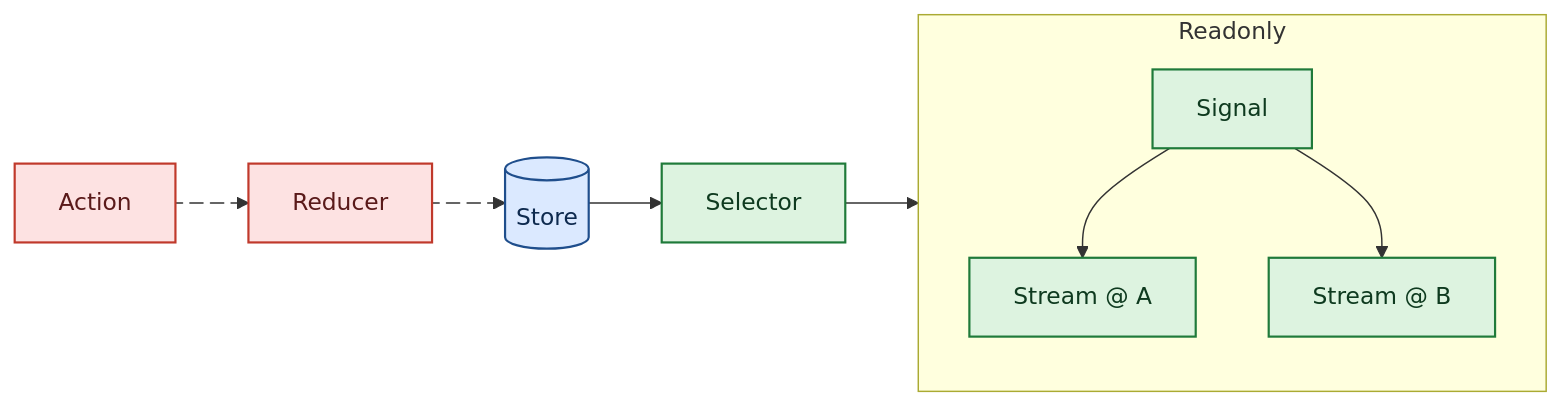
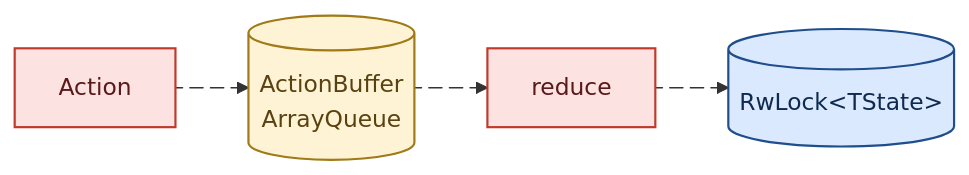
Before and after one commit to aacebo/rome: the first of 2 diagrams in docs/00.state.md, drawn with Mermaid. The commit also changed other lines of this file, not shown here.

````diff
--- a/docs/00.state.md
+++ b/docs/00.state.md
@@ -13,32 +23,19 @@
 ```mermaid
 flowchart LR
     Action[Action]:::mutate
-    Reducer:::mutate
-    State[(Store)]:::store
-    Selector[Selector]:::read
-    Signal:::read
-    StreamA[Stream @ A]:::read
-    StreamB[Stream @ B]:::read
+    Buffer[(ActionBuffer<br/>ArrayQueue)]:::queue
+    Reducer[reduce]:::mutate
+    State[(RwLock&lt;TState&gt;)]:::store
 
-    Action e1@--> Reducer
-    Reducer e2@--> State
-    State --> Selector
-    Selector --> Readonly
-
-    subgraph Readonly
-        direction TB
-        Signal:::read
-        StreamA:::read
-        StreamB:::read
-
-        Signal --> StreamA;
-        Signal --> StreamB;
-    end
+    Action e1@--> Buffer
+    Buffer e2@--> Reducer
+    Reducer e3@--> State
 
     e1@{ animate: true, animation: fast }
-    e2@{ animate: true, animation: fast }
+    e2@{ animate: true, animation: slow }
+    e3@{ animate: true, animation: fast }
 
     classDef mutate fill:#fde2e2,stroke:#c0392b,stroke-width:1.5px,color:#5a1a1a
+    classDef queue fill:#fff3d6,stroke:#a07a16,stroke-width:1.5px,color:#5a4210
     classDef store fill:#dbe9ff,stroke:#1f4e8c,stroke-width:1.5px,color:#0e2a4f
-    classDef read fill:#ddf3e0,stroke:#1f7a3a,stroke-width:1.5px,color:#0e3a1f
 ```
````
